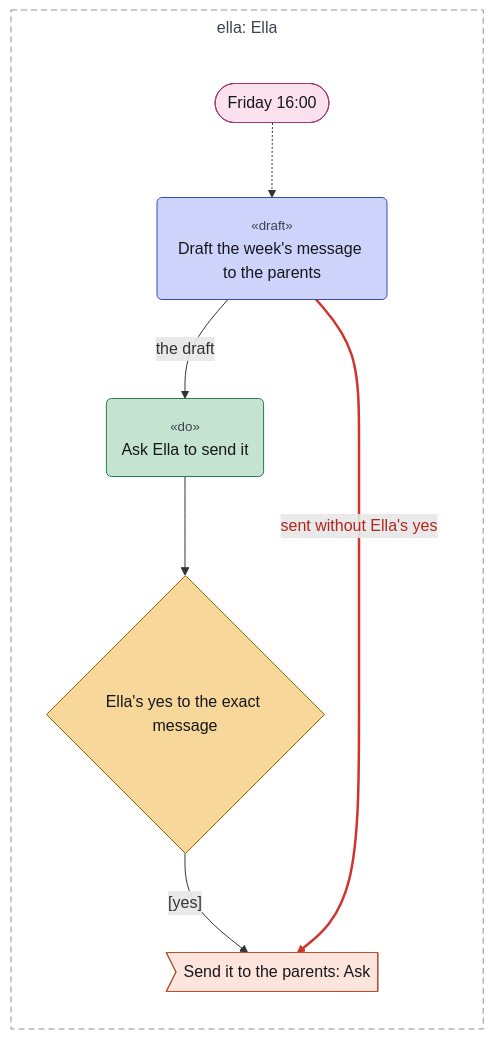
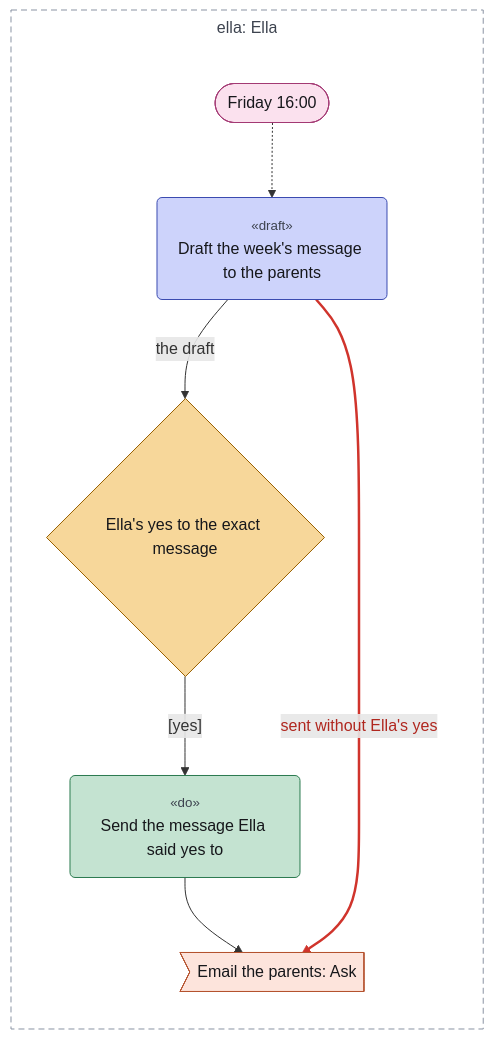
Before and after one commit to chrismdp/awml: the diagram in examples/tour/06-red-line.mmd, drawn with Mermaid. The commit also changed 17 other files, not shown here.

```diff
--- a/examples/tour/06-red-line.mmd
+++ b/examples/tour/06-red-line.mmd
@@ -1,41 +1,41 @@
 ---
 config:
   theme: default
   flowchart:
     useMaxWidth: false
     subGraphTitleMargin:
       top: 6
       bottom: 30
 ---
 flowchart TB
   subgraph ella["ella: Ella"]
     direction TB
     fri(["Friday 16:00"])
     write("<small style='color:#3d434f'>«draft»</small><br>Draft the week's message to the parents")
-    ask("<small style='color:#3d434f'>«do»</small><br>Ask Ella to send it")
     approve{"Ella's yes to the exact message"}
-    send>"Send it to the parents: Ask"]
+    send("<small style='color:#3d434f'>«do»</small><br>Send the message Ella said yes to")
+    email>"Email the parents: Ask"]
   end
 
   fri -.-> write
-  write -->|"the draft"| ask
-  ask --> approve
+  write -->|"the draft"| approve
   approve -->|"[yes]"| send
-  write -->|"sent without Ella's yes"| send
+  send --> email
+  write -->|"sent without Ella's yes"| email
   classDef trig fill:#fbe1ee,stroke:#a33a74,color:#16171b
   classDef ctx fill:#e2eef9,stroke:#3d6fa3,color:#16171b
   classDef con fill:#eceef2,stroke:#5d6472,color:#16171b
   classDef surf fill:#ffffff,stroke:#2a2d35,stroke-width:1.5px,color:#16171b
   classDef out fill:#fde4dc,stroke:#b5532f,color:#16171b
   classDef ai fill:#cdd3fb,stroke:#3b4bb0,color:#16171b
   classDef rule fill:#c4e3d1,stroke:#2b7a4f,color:#16171b
   classDef human fill:#f7d79a,stroke:#9a6100,color:#16171b
   classDef uml fill:#16171b,stroke:#16171b,color:#16171b
   classDef gap fill:#ffffff,stroke:#8a93a3,stroke-dasharray:4 3,color:#6b7280
   class fri trig
-  class send out
+  class email out
   class write ai
-  class ask rule
+  class send rule
   class approve human
   style ella fill:transparent,stroke:#8a93a3,stroke-dasharray:6 4,color:#3d434f
   linkStyle 4 stroke:#d0342c,stroke-width:2.5px,color:#b0271f
```
